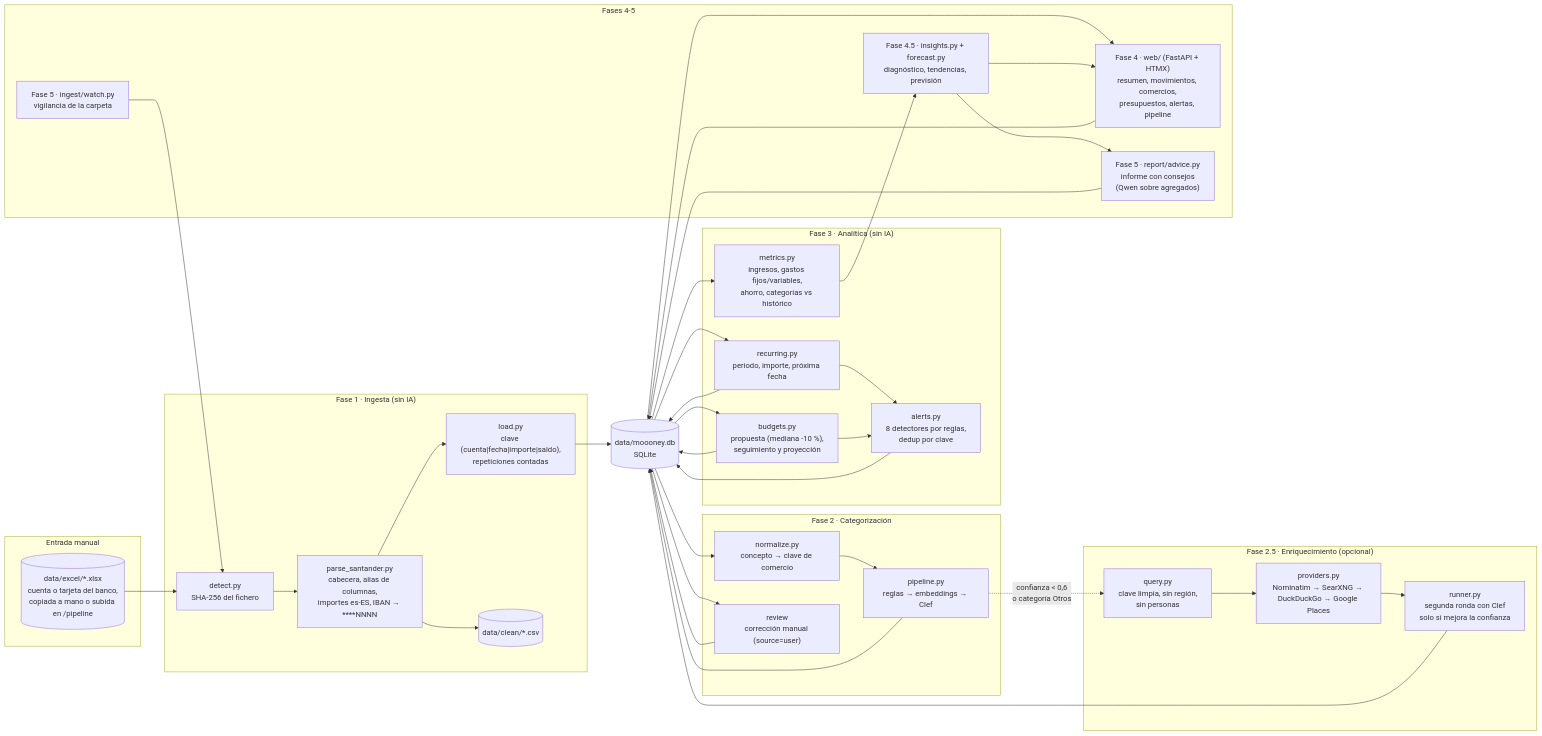
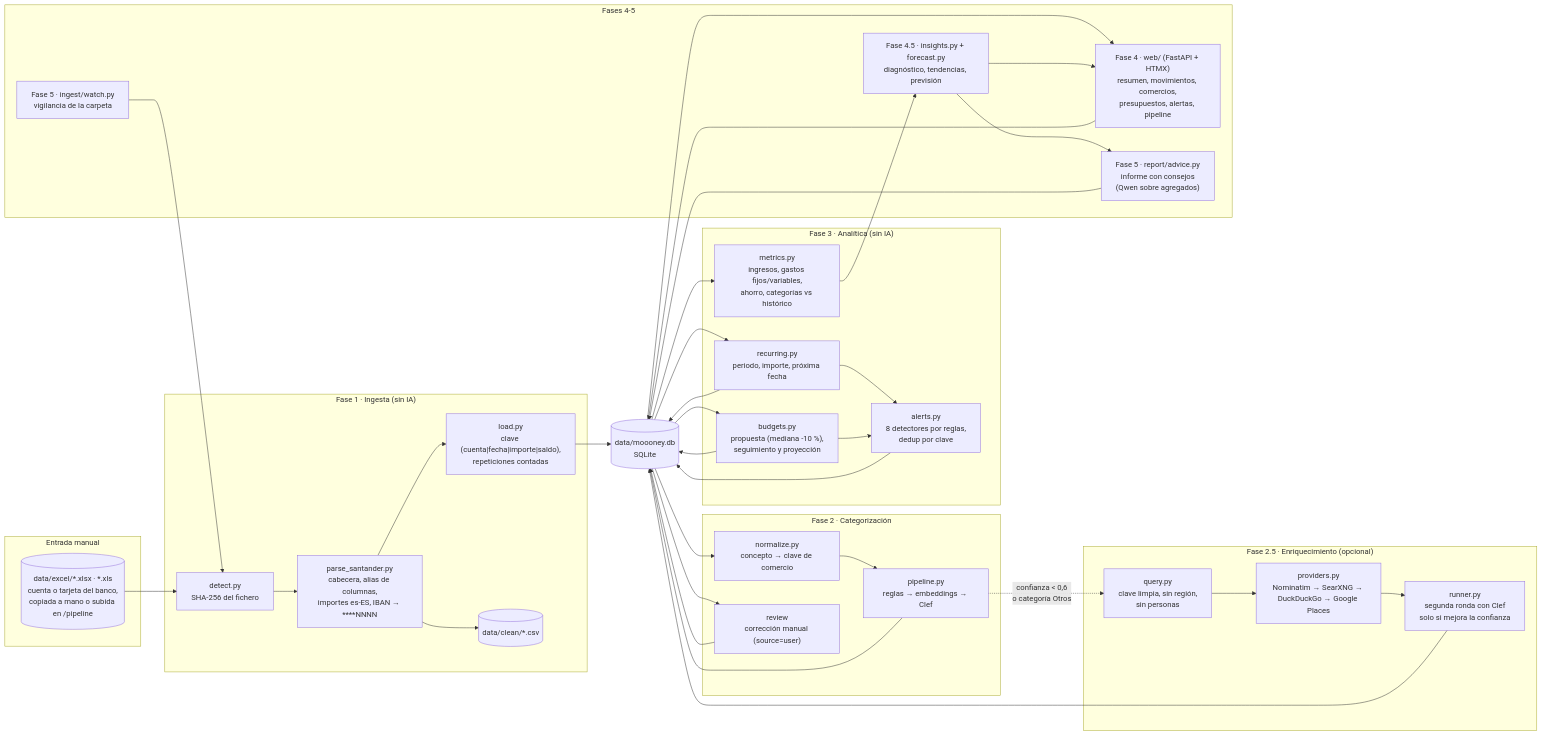
Before and after one commit to scavero/moooney: the first of 4 diagrams in docs/ARQUITECTURA.md, drawn with Mermaid. The commit also changed 9 other files, not shown here.

First line of the commit message:
feat(ingest): leer extractos .xls antiguos (Excel 97-2003)

````diff
--- a/docs/ARQUITECTURA.md
+++ b/docs/ARQUITECTURA.md
@@ -12,59 +12,59 @@
 ```mermaid
 flowchart LR
     subgraph entrada["Entrada manual"]
-        XLSX[("data/excel/*.xlsx<br/>cuenta o tarjeta del banco,<br/>copiada a mano o subida en /pipeline")]
+        XLSX[("data/excel/*.xlsx · *.xls<br/>cuenta o tarjeta del banco,<br/>copiada a mano o subida en /pipeline")]
     end
 
     subgraph f1["Fase 1 · Ingesta (sin IA)"]
         DETECT["detect.py<br/>SHA-256 del fichero"]
         PARSE["parse_santander.py<br/>cabecera, alias de columnas,<br/>importes es-ES, IBAN → ****NNNN"]
         LOAD["load.py<br/>clave (cuenta|fecha|importe|saldo),<br/>repeticiones contadas"]
         CSV[("data/clean/*.csv")]
     end
 
     subgraph f2["Fase 2 · Categorización"]
         NORM["normalize.py<br/>concepto → clave de comercio"]
         CASCADE["pipeline.py<br/>reglas → embeddings → Clef"]
         REVIEW["review<br/>corrección manual (source=user)"]
     end
 
     subgraph f25["Fase 2.5 · Enriquecimiento (opcional)"]
         QUERY["query.py<br/>clave limpia, sin región,<br/>sin personas"]
         PROV["providers.py<br/>Nominatim → SearXNG → DuckDuckGo → Google Places"]
         ROUND2["runner.py<br/>segunda ronda con Clef<br/>solo si mejora la confianza"]
     end
 
     subgraph f3["Fase 3 · Analítica (sin IA)"]
         RECUR["recurring.py<br/>periodo, importe, próxima fecha"]
         METRICS["metrics.py<br/>ingresos, gastos fijos/variables,<br/>ahorro, categorías vs histórico"]
         BUDGET["budgets.py<br/>propuesta (mediana -10 %),<br/>seguimiento y proyección"]
         ALERTS["alerts.py<br/>8 detectores por reglas,<br/>dedup por clave"]
     end
 
     subgraph f45["Fases 4-5"]
         GUI["Fase 4 · web/ (FastAPI + HTMX)<br/>resumen, movimientos, comercios,<br/>presupuestos, alertas, pipeline"]
         INS["Fase 4.5 · insights.py + forecast.py<br/>diagnóstico, tendencias, previsión"]
         REPORT["Fase 5 · report/advice.py<br/>informe con consejos<br/>(Qwen sobre agregados)"]
         WATCH["Fase 5 · ingest/watch.py<br/>vigilancia de la carpeta"]
     end
 
     DB[("data/moooney.db<br/>SQLite")]
 
     XLSX --> DETECT --> PARSE --> LOAD
     PARSE --> CSV
     LOAD --> DB
     DB --> NORM --> CASCADE --> DB
     DB --> REVIEW --> DB
     CASCADE -. "confianza < 0,6<br/>o categoría Otros" .-> QUERY --> PROV --> ROUND2 --> DB
     DB --> RECUR --> DB
     DB --> METRICS
     DB --> BUDGET --> DB
     RECUR --> ALERTS
     BUDGET --> ALERTS --> DB
     DB --> GUI --> DB
     METRICS --> INS --> GUI
     INS --> REPORT --> DB
     WATCH --> DETECT
 
     classDef todo fill:#eee,stroke:#999,color:#666,stroke-dasharray: 4 3
 ```
````
